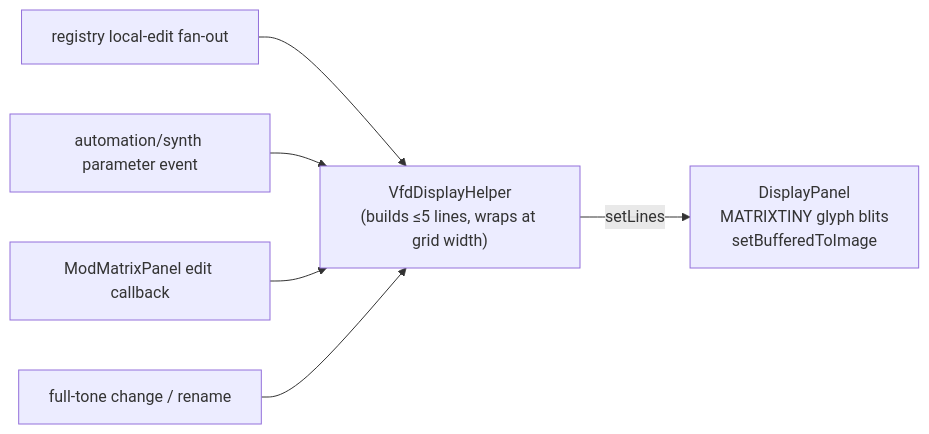
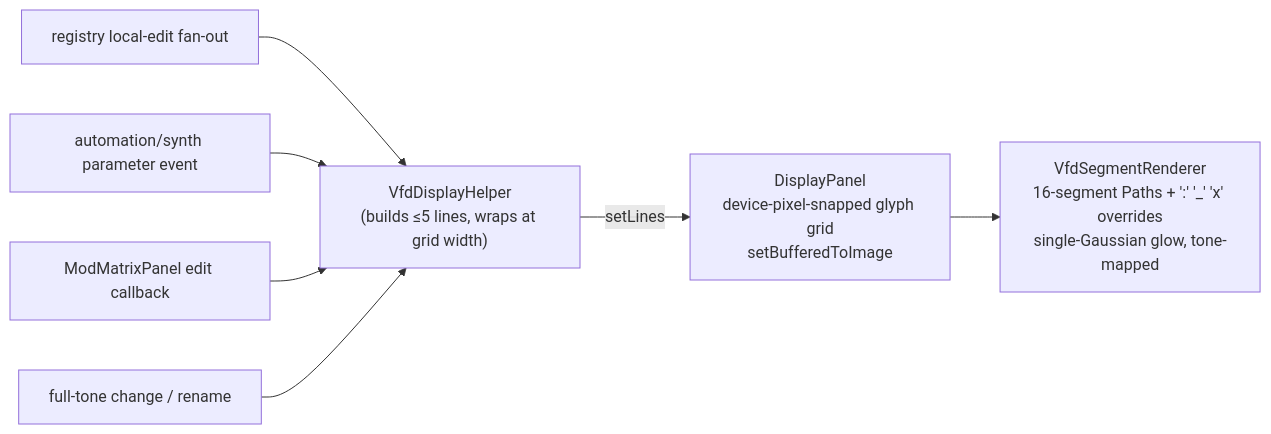
The seventh of 12 diagrams in docs/architecture-analysis.md (xplorer2716/XplorerEditor), drawn with Mermaid before and after one commit. The commit also changed other lines of this file and 1 other file, not shown here.

First line of the commit message:
Update architecture-analysis.md for GFX/GUI/ABT/GOV work; add build-targets paragraph

````diff
--- a/docs/architecture-analysis.md
+++ b/docs/architecture-analysis.md
@@ -321,8 +419,9 @@
 ```mermaid
 flowchart LR
     Reg["registry local-edit fan-out"] --> Helper
     Auto["automation/synth parameter event"] --> Helper
     Matrix["ModMatrixPanel edit callback"] --> Helper
     Tone["full-tone change / rename"] --> Helper
-    Helper["VfdDisplayHelper\n(builds ≤5 lines, wraps at grid width)"] -->|setLines| Panel["DisplayPanel\nMATRIXTINY glyph blits\nsetBufferedToImage"]
+    Helper["VfdDisplayHelper\n(builds ≤5 lines, wraps at grid width)"] -->|setLines| Panel["DisplayPanel\ndevice-pixel-snapped glyph grid\nsetBufferedToImage"]
+    Panel --> Seg["VfdSegmentRenderer\n16-segment Paths + ':' '_' 'x' overrides\nsingle-Gaussian glow, tone-mapped"]
 ```
````
